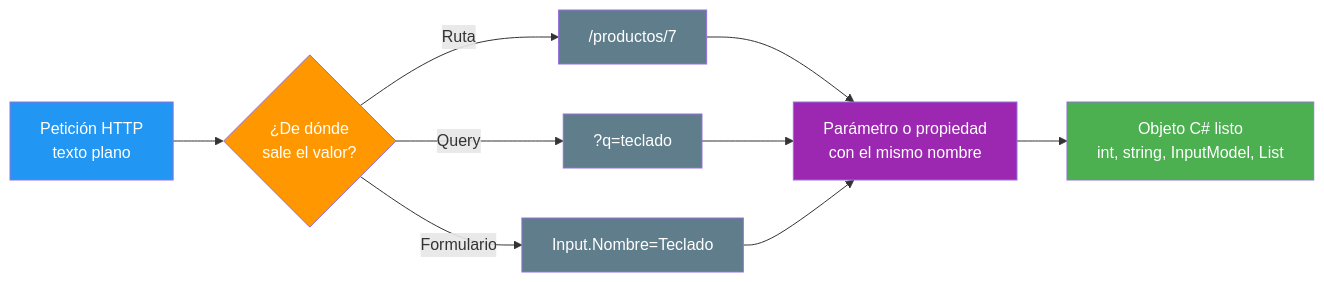
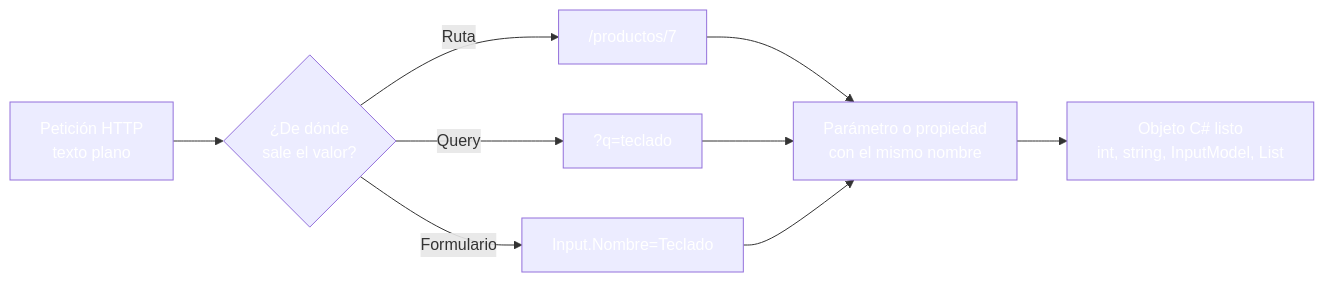
One commit to joseluisgs/DesarrolloWebEntornosServidor-03-2026-2027 changed the diagram in 14-model-binding.md. Above: the diagram before and after it, drawn with Mermaid. The commit also changed other lines of this file and 30 other files, not shown here.

````diff
--- a/14-model-binding.md
+++ b/14-model-binding.md
@@ -41,18 +41,18 @@
 ```mermaid
 graph LR
     A["Petición HTTP<br/>texto plano"] --> B{"¿De dónde<br/>sale el valor?"}
     B -->|Ruta| C["/productos/7"]
     B -->|Query| D["?q=teclado"]
     B -->|Formulario| E["Input.Nombre=Teclado"]
     C --> F["Parámetro o propiedad<br/>con el mismo nombre"]
     D --> F
     E --> F
     F --> G["Objeto C# listo<br/>int, string, InputModel, List"]
-    style A fill:#2196F3,color:#fff
-    style B fill:#FF9800,color:#fff
-    style C fill:#607D8B,color:#fff
-    style D fill:#607D8B,color:#fff
-    style E fill:#607D8B,color:#fff
-    style F fill:#9C27B0,color:#fff
-    style G fill:#4CAF50,color:#fff
+    style A fill:#2196F,color:#fff3,color:#fff
+    style B fill:#FF980,color:#fff0,color:#fff
+    style C fill:#607D8,color:#fffB,color:#fff
+    style D fill:#607D8,color:#fffB,color:#fff
+    style E fill:#607D8,color:#fffB,color:#fff
+    style F fill:#9C27B,color:#fff0,color:#fff
+    style G fill:#4CAF5,color:#fff0,color:#fff
 ```
````
